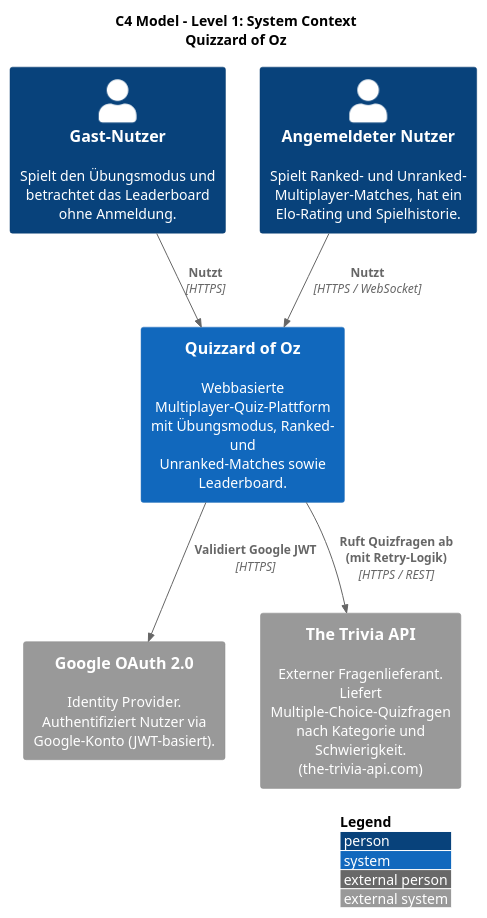
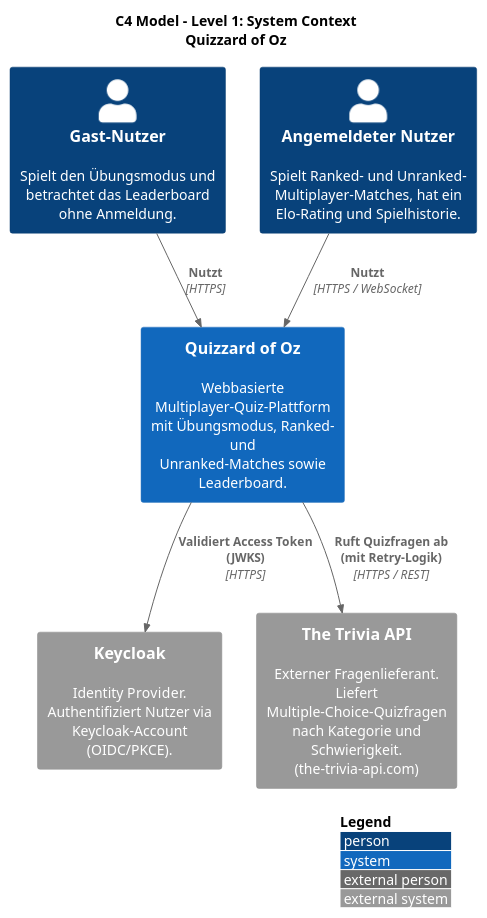
One commit to Gravefax/Quizzard-of-Oz changed the diagram in docs/c4/c1_context.puml. Above: the diagram before and after it, drawn with PlantUML. The commit also changed 38 other files, not shown here.

First line of the commit message:
feat: migrate authentication from Google OAuth to Keycloak

```diff
--- a/docs/c4/c1_context.puml
+++ b/docs/c4/c1_context.puml
@@ -1,24 +1,24 @@
 @startuml C1_Context
 !include https://raw.githubusercontent.com/plantuml-stdlib/C4-PlantUML/master/C4_Context.puml
 
 LAYOUT_WITH_LEGEND()
 
 title C4 Model - Level 1: System Context\nQuizzard of Oz
 
 Person(guest, "Gast-Nutzer", "Spielt den Übungsmodus und\nbetrachtet das Leaderboard\nohne Anmeldung.")
 
 Person(user, "Angemeldeter Nutzer", "Spielt Ranked- und Unranked-\nMultiplayer-Matches, hat ein\nElo-Rating und Spielhistorie.")
 
 System(quizzard, "Quizzard of Oz", "Webbasierte Multiplayer-Quiz-Plattform\nmit Übungsmodus, Ranked- und\nUnranked-Matches sowie Leaderboard.")
 
-System_Ext(google_oauth, "Google OAuth 2.0", "Identity Provider.\nAuthentifiziert Nutzer via\nGoogle-Konto (JWT-basiert).")
+System_Ext(keycloak, "Keycloak", "Identity Provider.\nAuthentifiziert Nutzer via\nKeycloak-Account (OIDC/PKCE).")
 
 System_Ext(trivia_api, "The Trivia API", "Externer Fragenlieferant.\nLiefert Multiple-Choice-Quizfragen\nnach Kategorie und Schwierigkeit.\n(the-trivia-api.com)")
 
 Rel(guest, quizzard, "Nutzt", "HTTPS")
 Rel(user, quizzard, "Nutzt", "HTTPS / WebSocket")
 
-Rel(quizzard, google_oauth, "Validiert Google JWT", "HTTPS")
+Rel(quizzard, keycloak, "Validiert Access Token (JWKS)", "HTTPS")
 Rel(quizzard, trivia_api, "Ruft Quizfragen ab\n(mit Retry-Logik)", "HTTPS / REST")
 
 @enduml
```
